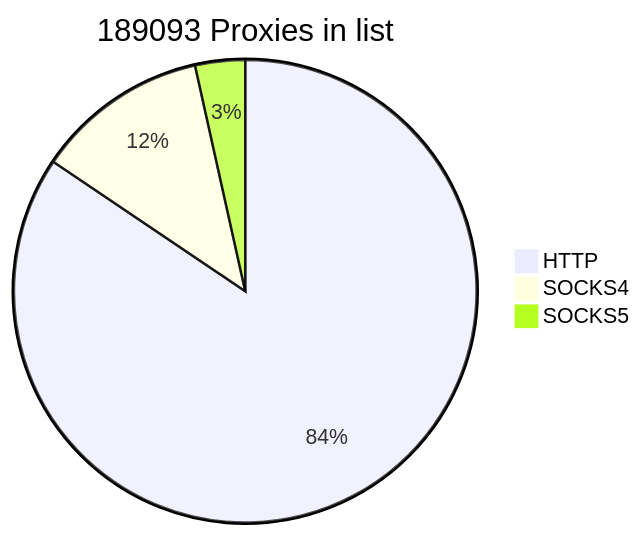
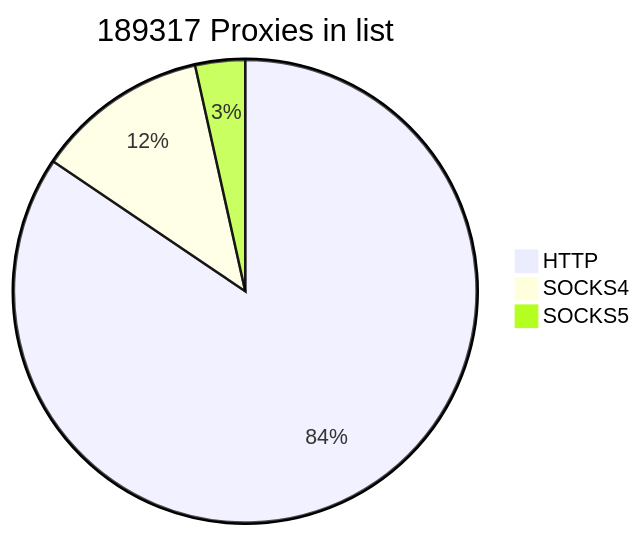
One commit to cutipu/proxylist changed the first of 2 diagrams in README.md. Above: the diagram before and after it, drawn with Mermaid. The commit also changed other lines of this file, not shown here.

````diff
--- a/README.md
+++ b/README.md
@@ -2,7 +2,7 @@
 ```mermaid
-pie title 189093 Proxies in list
-    "HTTP" : 159682
-    "SOCKS4" : 22821
-    "SOCKS5" : 6590
+pie title 189317 Proxies in list
+    "HTTP" : 159911
+    "SOCKS4" : 22818
+    "SOCKS5" : 6588
             
 ```
````
